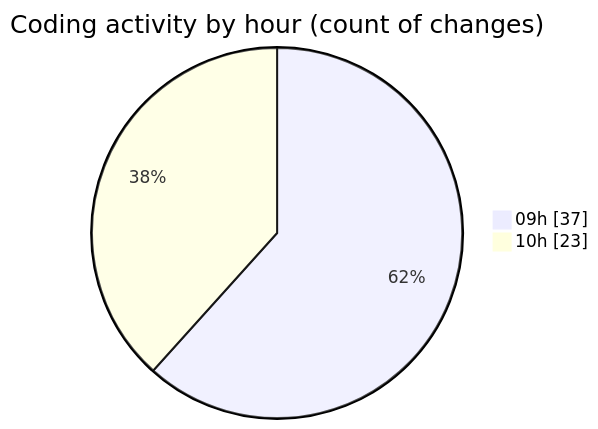
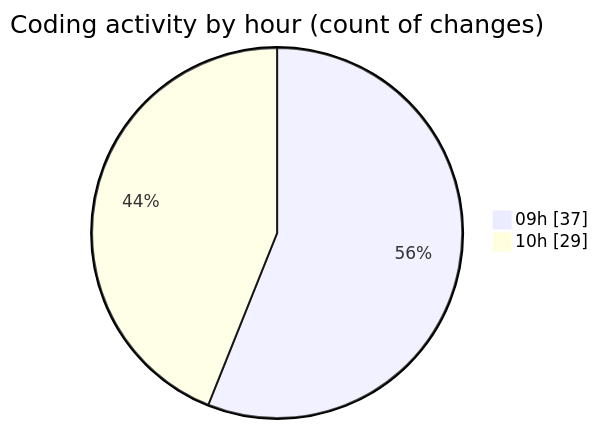
Before and after one commit to momahboobian/code-tracking: the second of 2 diagrams in 2025-02-12/cda/README.md, drawn with Mermaid. The commit also changed other lines of this file and 1 other file, not shown here.

````diff
--- a/2025-02-12/cda/README.md
+++ b/2025-02-12/cda/README.md
@@ -29,6 +29,6 @@
 ```mermaid
 pie showData
 title Coding activity by hour (count of changes)
 "09h" : 37
-"10h" : 23
+"10h" : 29
 ```
````
